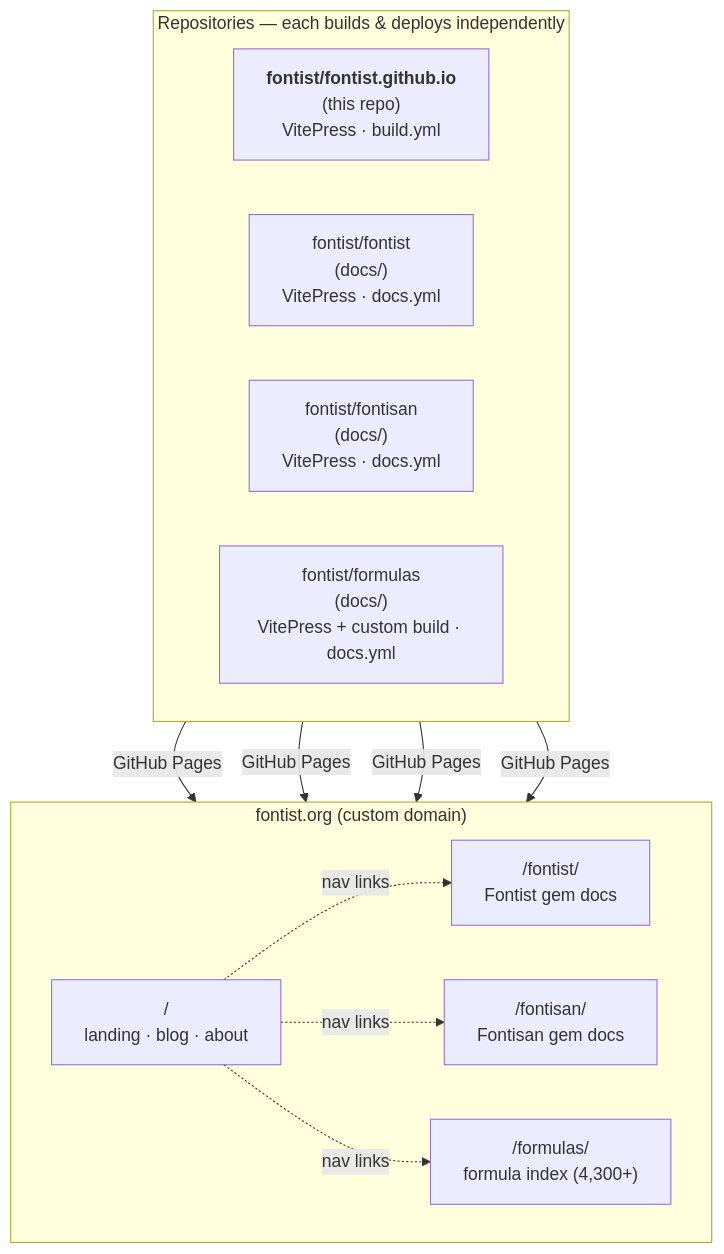
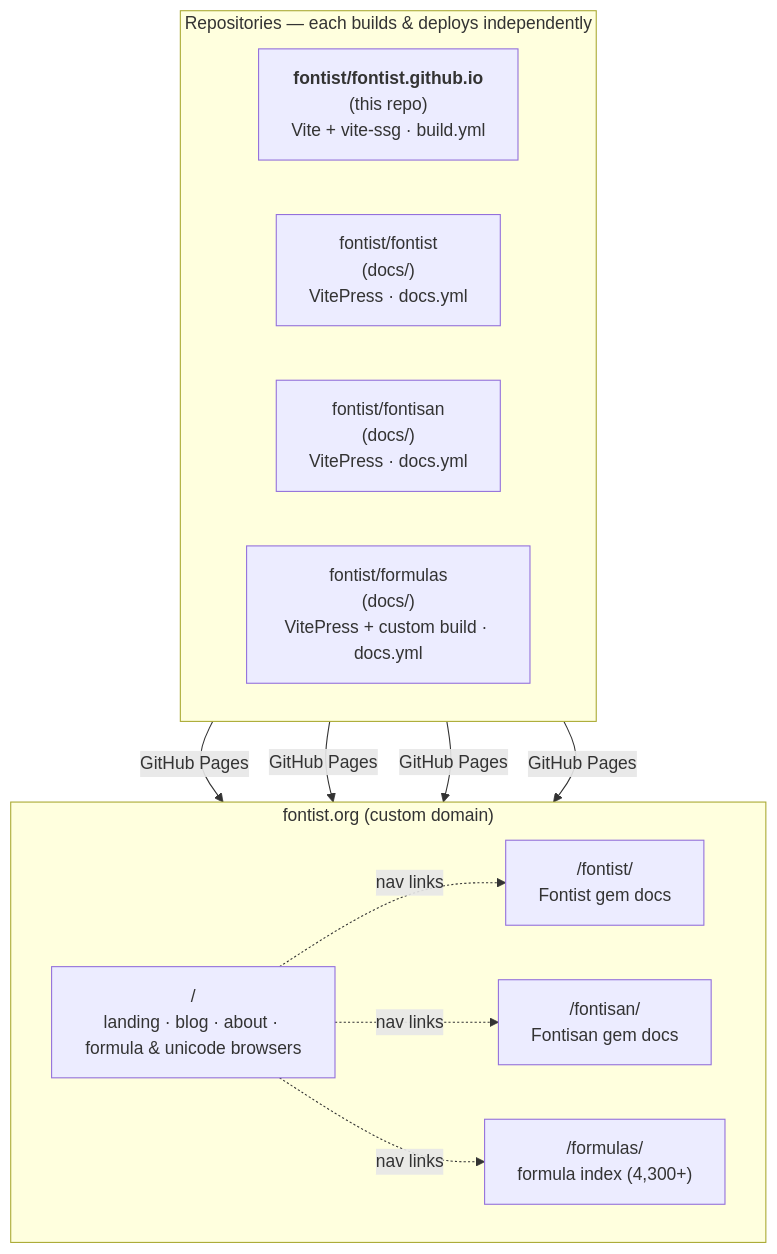
One commit to fontist/fontist.github.io changed the diagram in README.md. Above: the diagram before and after it, drawn with Mermaid. The commit also changed other lines of this file and 893 other files, not shown here.

````diff
--- a/README.md
+++ b/README.md
@@ -11,24 +11,24 @@
 ```mermaid
 flowchart TD
     subgraph repos["Repositories — each builds & deploys independently"]
         direction LR
-        R0["<b>fontist/fontist.github.io</b><br/>(this repo)<br/>VitePress · build.yml"]
+        R0["<b>fontist/fontist.github.io</b><br/>(this repo)<br/>Vite + vite-ssg · build.yml"]
         R1["fontist/fontist<br/>(docs/)<br/>VitePress · docs.yml"]
         R2["fontist/fontisan<br/>(docs/)<br/>VitePress · docs.yml"]
         R3["fontist/formulas<br/>(docs/)<br/>VitePress + custom build · docs.yml"]
     end
     subgraph site["fontist.org (custom domain)"]
         direction LR
-        U0["/<br/>landing · blog · about"]
+        U0["/<br/>landing · blog · about · formula & unicode browsers"]
         U1["/fontist/<br/>Fontist gem docs"]
         U2["/fontisan/<br/>Fontisan gem docs"]
         U3["/formulas/<br/>formula index (4,300+)"]
     end
     R0 -->|GitHub Pages| U0
     R1 -->|GitHub Pages| U1
     R2 -->|GitHub Pages| U2
     R3 -->|GitHub Pages| U3
     U0 -.->|nav links| U1
     U0 -.->|nav links| U2
     U0 -.->|nav links| U3
 ```
````
